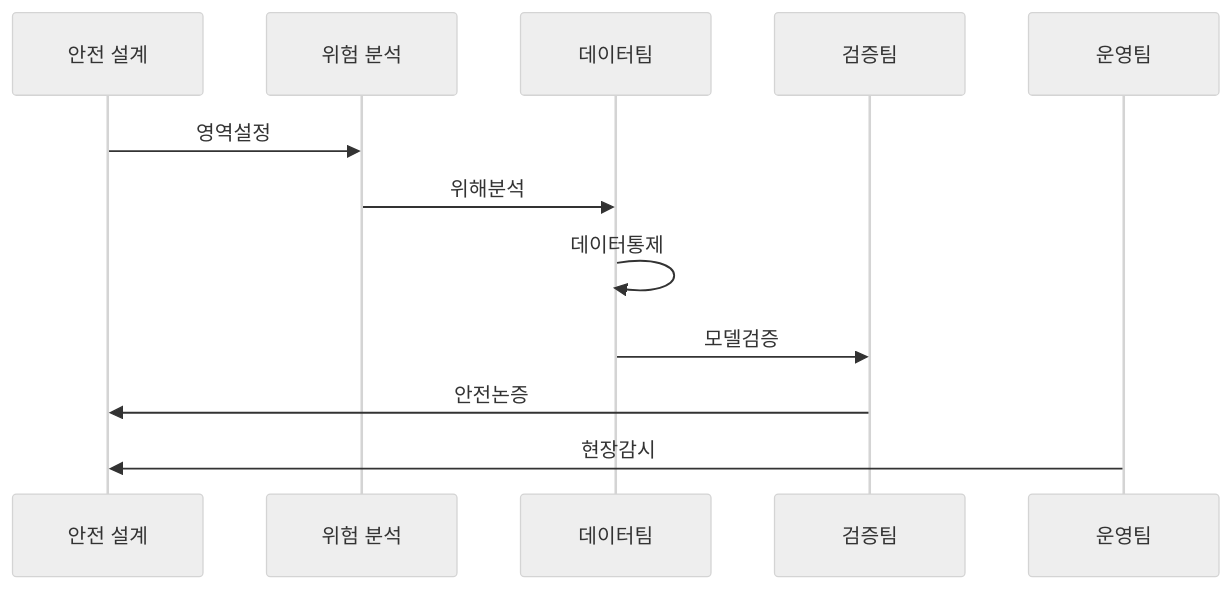
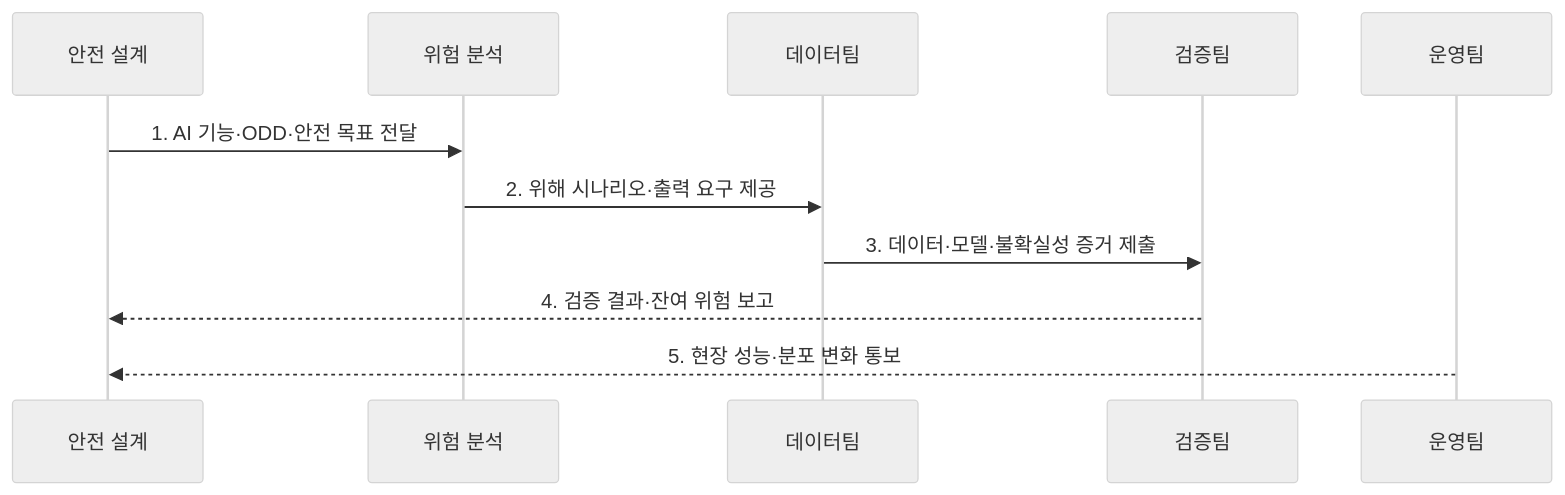
The second of 2 diagrams in src/content/docs/notes/07-law-policy/044_iso_pas_8800.md (agnusdei1207/knowledge-base), drawn with Mermaid (neutral theme) before and after one commit. The commit also changed other lines of this file and 5 other files, not shown here.

````diff
--- a/src/content/docs/notes/07-law-policy/044_iso_pas_8800.md
+++ b/src/content/docs/notes/07-law-policy/044_iso_pas_8800.md
@@ -65,14 +73,13 @@
 ```mermaid
 sequenceDiagram
     participant E as 안전 설계
     participant A as 위험 분석
     participant D as 데이터팀
     participant V as 검증팀
     participant O as 운영팀
-    E->>A: 영역설정
-    A->>D: 위해분석
-    D->>D: 데이터통제
-    D->>V: 모델검증
-    V->>E: 안전논증
-    O->>E: 현장감시
+    E->>A: 1. AI 기능·ODD·안전 목표 전달
+    A->>D: 2. 위해 시나리오·출력 요구 제공
+    D->>V: 3. 데이터·모델·불확실성 증거 제출
+    V-->>E: 4. 검증 결과·잔여 위험 보고
+    O-->>E: 5. 현장 성능·분포 변화 통보
 ```
````
